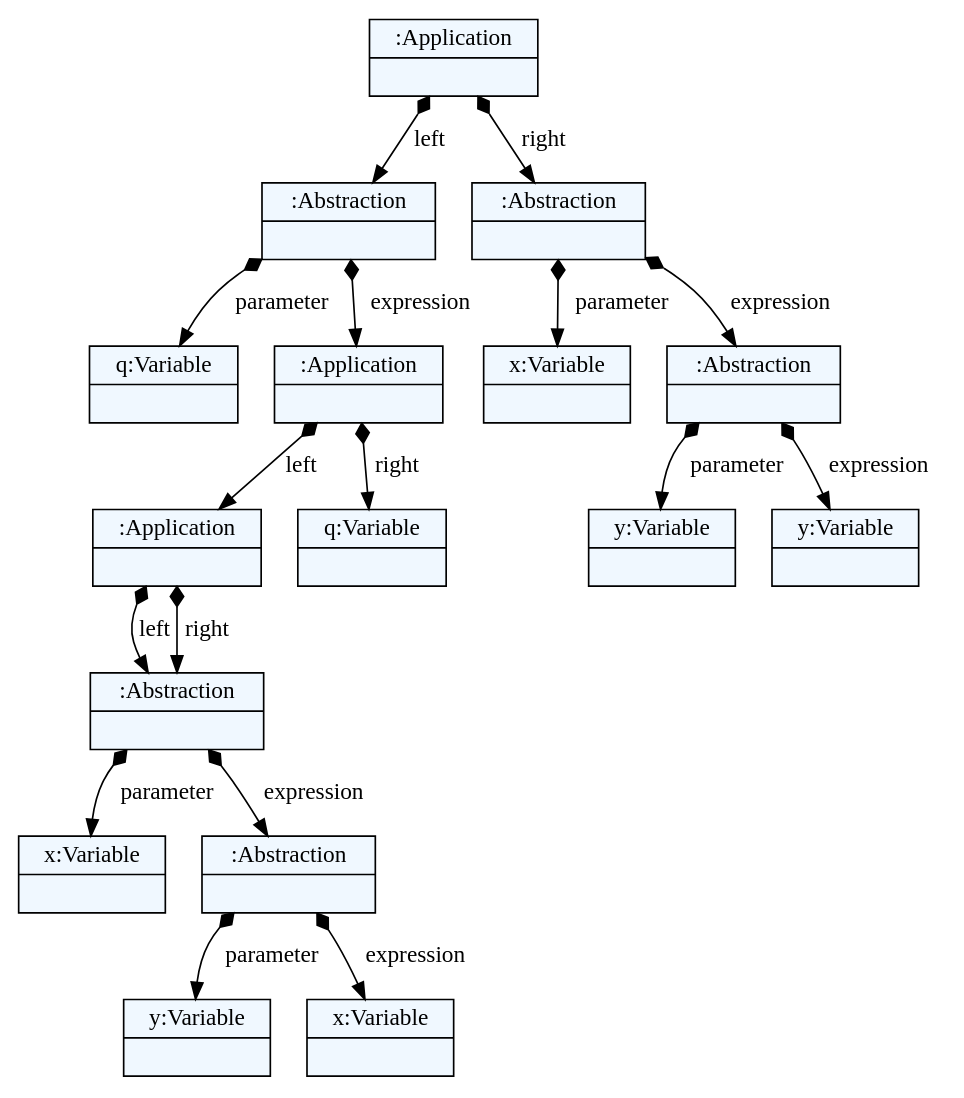
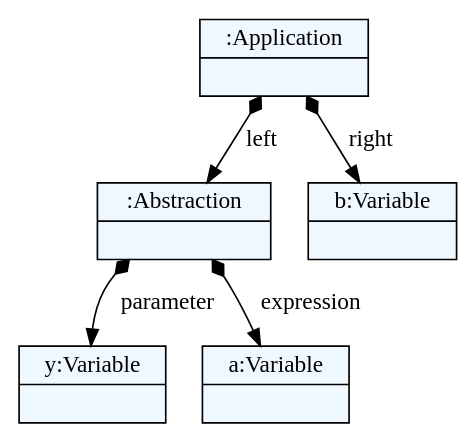
Before and after one commit to pavleglusac/lambda-calculus: the diagram in language/models/model1.dot, drawn with Graphviz. The commit also changed 11 other files, not shown here.

```diff
--- a/language/models/model1.dot
+++ b/language/models/model1.dot
@@ -1,47 +1,24 @@
 
     digraph textX {
     fontname = "Bitstream Vera Sans"
     fontsize = 8
     node[
         shape=record,
         style=filled,
         fillcolor=aliceblue
     ]
     nodesep = 0.3
     edge[dir=black,arrowtail=empty]
 
 
-2196313704240 -> 2196317559392 [label="left" arrowtail=diamond dir=both]
-2196317559392 -> 2196317560064 [label="parameter" arrowtail=diamond dir=both]
-2196317560064[label="{q:Variable|}"]
-2196317559392 -> 2196317557184 [label="expression" arrowtail=diamond dir=both]
-2196317557184 -> 2196317557232 [label="left" arrowtail=diamond dir=both]
-2196317557232 -> 2196304419088 [label="left" arrowtail=diamond dir=both]
-2196304419088 -> 2196317559920 [label="parameter" arrowtail=diamond dir=both]
-2196317559920[label="{x:Variable|}"]
-2196304419088 -> 2196317557664 [label="expression" arrowtail=diamond dir=both]
-2196317557664 -> 2196317558096 [label="parameter" arrowtail=diamond dir=both]
-2196317558096[label="{y:Variable|}"]
-2196317557664 -> 2196317559008 [label="expression" arrowtail=diamond dir=both]
-2196317559008[label="{x:Variable|}"]
-2196317557664[label="{:Abstraction|}"]
-2196304419088[label="{:Abstraction|}"]
-2196317557232 -> 2196304419088 [label="right" arrowtail=diamond dir=both]
-2196317557232[label="{:Application|}"]
-2196317557184 -> 2196317558384 [label="right" arrowtail=diamond dir=both]
-2196317558384[label="{q:Variable|}"]
-2196317557184[label="{:Application|}"]
-2196317559392[label="{:Abstraction|}"]
-2196313704240 -> 2196317557472 [label="right" arrowtail=diamond dir=both]
-2196317557472 -> 2196317559728 [label="parameter" arrowtail=diamond dir=both]
-2196317559728[label="{x:Variable|}"]
-2196317557472 -> 2196317559344 [label="expression" arrowtail=diamond dir=both]
-2196317559344 -> 2196317557760 [label="parameter" arrowtail=diamond dir=both]
-2196317557760[label="{y:Variable|}"]
-2196317559344 -> 2196317560592 [label="expression" arrowtail=diamond dir=both]
-2196317560592[label="{y:Variable|}"]
-2196317559344[label="{:Abstraction|}"]
-2196317557472[label="{:Abstraction|}"]
-2196313704240[label="{:Application|}"]
+2187261568048 -> 2187261567760 [label="left" arrowtail=diamond dir=both]
+2187261567760 -> 2187261020960 [label="parameter" arrowtail=diamond dir=both]
+2187261020960[label="{y:Variable|}"]
+2187261567760 -> 2187261568096 [label="expression" arrowtail=diamond dir=both]
+2187261568096[label="{a:Variable|}"]
+2187261567760[label="{:Abstraction|}"]
+2187261568048 -> 2187261276064 [label="right" arrowtail=diamond dir=both]
+2187261276064[label="{b:Variable|}"]
+2187261568048[label="{:Application|}"]
 
 }
```
